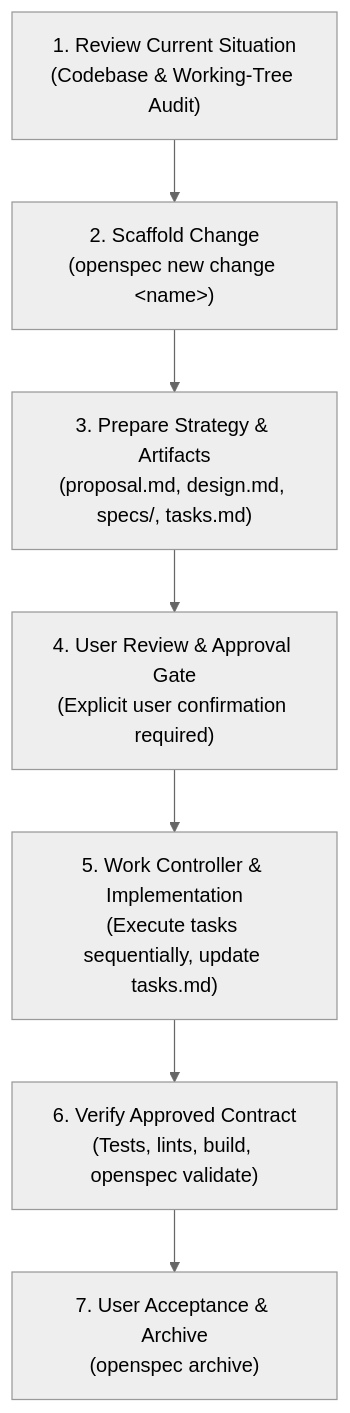
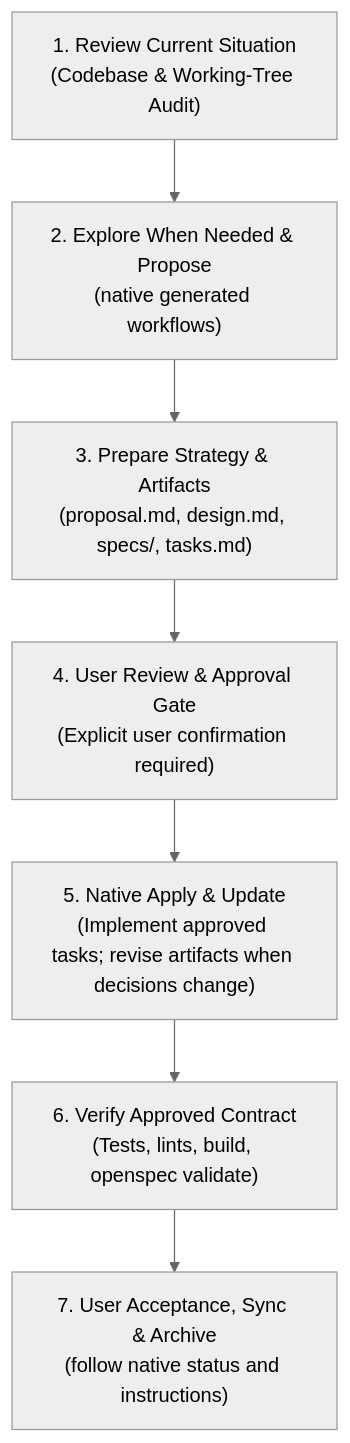
One commit to alfonsusenrico/cash-flow-tracker changed the diagram in AGENTS.md. Above: the diagram before and after it, drawn with Mermaid (neutral theme). The commit also changed other lines of this file and 36 other files, not shown here.

First line of the commit message:
feat(mobile): implement pure mobile native layout and responsive UI

````diff
--- a/AGENTS.md
+++ b/AGENTS.md
@@ -19,9 +62,9 @@
 ```mermaid
 flowchart TD
-    A["1. Review Current Situation<br/>(Codebase & Working-Tree Audit)"] --> B["2. Scaffold Change<br/>(openspec new change &lt;name&gt;)"]
+    A["1. Review Current Situation<br/>(Codebase & Working-Tree Audit)"] --> B["2. Explore When Needed & Propose<br/>(native generated workflows)"]
     B --> C["3. Prepare Strategy & Artifacts<br/>(proposal.md, design.md, specs/, tasks.md)"]
     C --> D["4. User Review & Approval Gate<br/>(Explicit user confirmation required)"]
-    D --> E["5. Work Controller & Implementation<br/>(Execute tasks sequentially, update tasks.md)"]
+    D --> E["5. Native Apply & Update<br/>(Implement approved tasks; revise artifacts when decisions change)"]
     E --> F["6. Verify Approved Contract<br/>(Tests, lints, build, openspec validate)"]
-    F --> G["7. User Acceptance & Archive<br/>(openspec archive)"]
+    F --> G["7. User Acceptance, Sync & Archive<br/>(follow native status and instructions)"]
 ```
````
